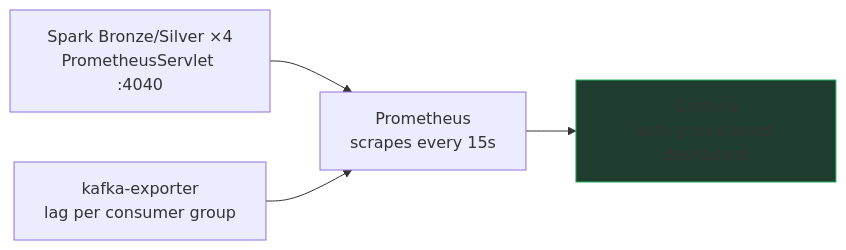
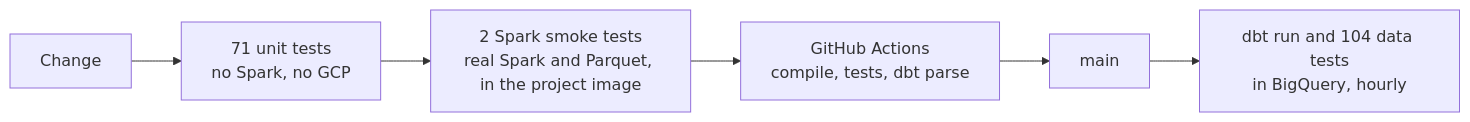
The fifth of 5 diagrams in README.md (TomasRipsky/marineflow), drawn with Mermaid before and after one commit. The commit also changed other lines of this file and 3 other files, not shown here.

First line of the commit message:
Rewrite the README from the code, with diagrams

````diff
--- a/README.md
+++ b/README.md
@@ -103,13 +417,8 @@
 ```mermaid
 flowchart LR
-    S1["Spark Bronze/Silver ×4<br/>PrometheusServlet :4040"]
-    KE["kafka-exporter<br/>lag per consumer group"]
-    PROM["Prometheus<br/>scrapes every 15s"]
-    GRAF["Grafana<br/>auto-provisioned dashboard"]
-
-    S1 --> PROM
-    KE --> PROM
-    PROM --> GRAF
-
-    style GRAF fill:#1f3d2e,stroke:#27ae60
+    change["Change"] --> unit["71 unit tests<br/>no Spark, no GCP"]
+    unit --> smoke["2 Spark smoke tests<br/>real Spark and Parquet, in the project image"]
+    smoke --> ci["GitHub Actions<br/>compile, tests, dbt parse"]
+    ci --> main["main"]
+    main --> dbt["dbt run and 104 data tests<br/>in BigQuery, hourly"]
 ```
````
